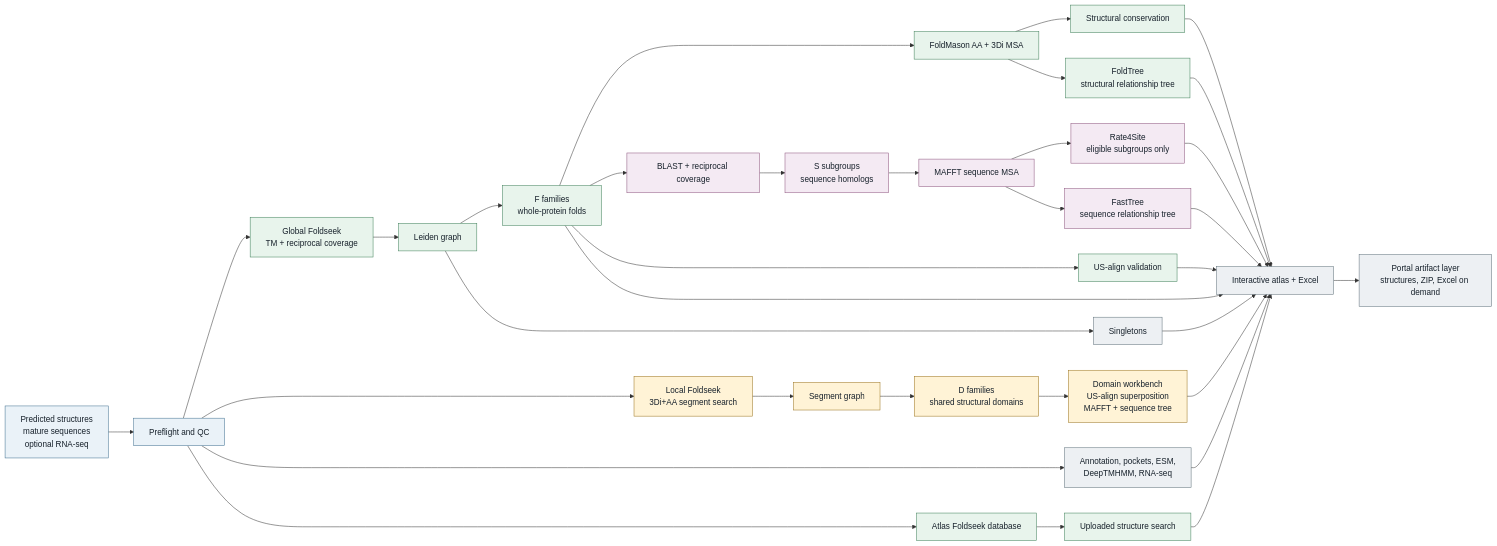
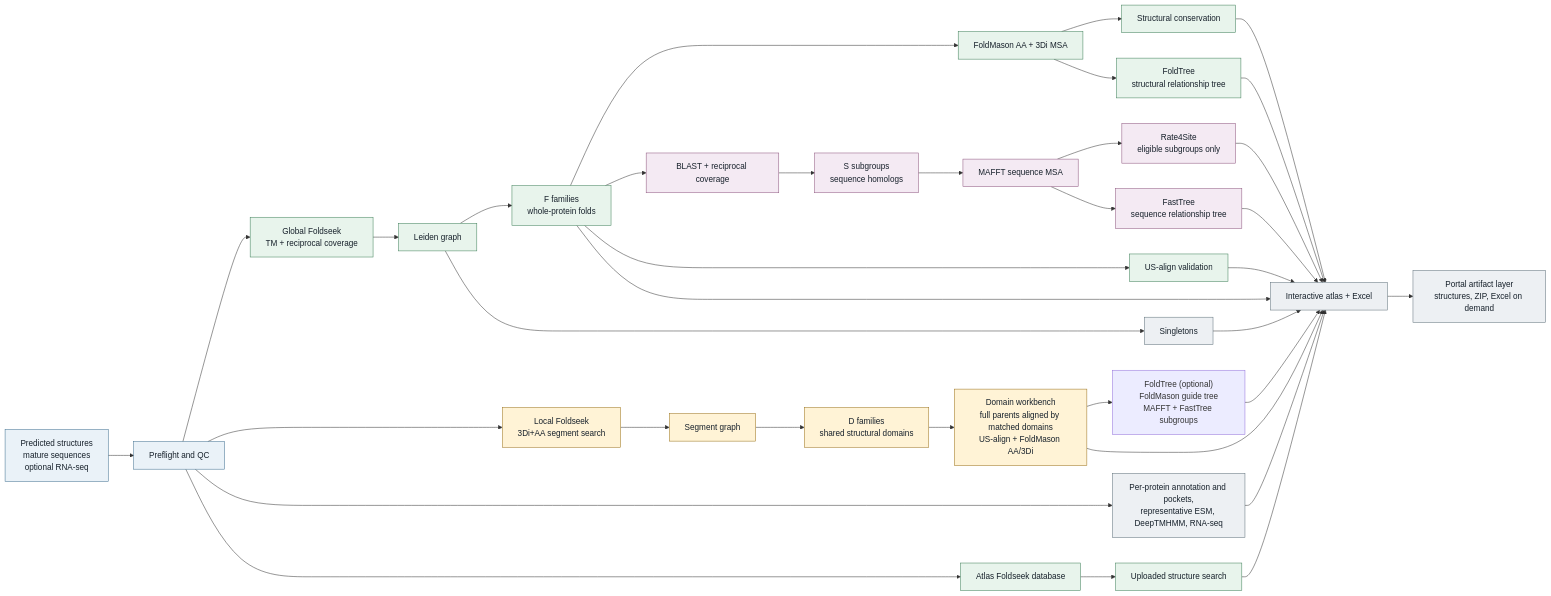
One commit to lhchen010/SUSS_protein_Atlas changed the diagram in README.md. Above: the diagram before and after it, drawn with Mermaid. The commit also changed other lines of this file and 19 other files, not shown here.

Commit message:
release v5 domain family workbench

````diff
--- a/README.md
+++ b/README.md
@@ -45,51 +45,53 @@
 ```mermaid
 flowchart LR
     INPUT["Predicted structures<br/>mature sequences<br/>optional RNA-seq"] --> QC["Preflight and QC"]
 
     QC --> GLOBAL["Global Foldseek<br/>TM + reciprocal coverage"]
     GLOBAL --> FGRAPH["Leiden graph"]
     FGRAPH --> F["F families<br/>whole-protein folds"]
     FGRAPH --> SINGLE["Singletons"]
 
     QC --> LOCAL["Local Foldseek<br/>3Di+AA segment search"]
     LOCAL --> DGRAPH["Segment graph"]
     DGRAPH --> D["D families<br/>shared structural domains"]
-    D --> DWB["Domain workbench<br/>US-align superposition<br/>MAFFT + sequence tree"]
+    D --> DWB["Domain workbench<br/>full parents aligned by matched domains<br/>US-align + FoldMason AA/3Di"]
+    DWB --> DTREE["FoldTree (optional)<br/>FoldMason guide tree<br/>MAFFT + FastTree subgroups"]
 
     F --> FM["FoldMason AA + 3Di MSA"]
     FM --> SCONS["Structural conservation"]
     FM --> FT["FoldTree<br/>structural relationship tree"]
     F --> BLAST["BLAST + reciprocal coverage"]
     BLAST --> S["S subgroups<br/>sequence homologs"]
     S --> MAFFT["MAFFT sequence MSA"]
     MAFFT --> R4S["Rate4Site<br/>eligible subgroups only"]
     MAFFT --> STREE["FastTree<br/>sequence relationship tree"]
     F --> USA["US-align validation"]
 
-    QC --> SHARED["Annotation, pockets, ESM,<br/>DeepTMHMM, RNA-seq"]
+    QC --> SHARED["Per-protein annotation and pockets,<br/>representative ESM, DeepTMHMM, RNA-seq"]
     F --> ATLAS["Interactive atlas + Excel"]
     DWB --> ATLAS
+    DTREE --> ATLAS
     SINGLE --> ATLAS
     SCONS --> ATLAS
     FT --> ATLAS
     R4S --> ATLAS
     STREE --> ATLAS
     USA --> ATLAS
     SHARED --> ATLAS
 
     QC --> DB["Atlas Foldseek database"]
     DB --> SEARCH["Uploaded structure search"]
     SEARCH --> ATLAS
     ATLAS --> LAZY["Portal artifact layer<br/>structures, ZIP, Excel on demand"]
 
     classDef input fill:#eaf2f8,stroke:#3f6f8f,color:#17212b;
     classDef structure fill:#e8f4ec,stroke:#3e7f58,color:#17212b;
     classDef domain fill:#fff3d6,stroke:#9a721d,color:#17212b;
     classDef sequence fill:#f4eaf3,stroke:#8c547d,color:#17212b;
     classDef output fill:#edf0f3,stroke:#5f707a,color:#17212b;
     class INPUT,QC input;
     class GLOBAL,FGRAPH,F,FM,SCONS,FT,USA,DB,SEARCH structure;
     class LOCAL,DGRAPH,D,DWB domain;
     class BLAST,S,MAFFT,R4S,STREE sequence;
     class SINGLE,SHARED,ATLAS,LAZY output;
 ```
````
